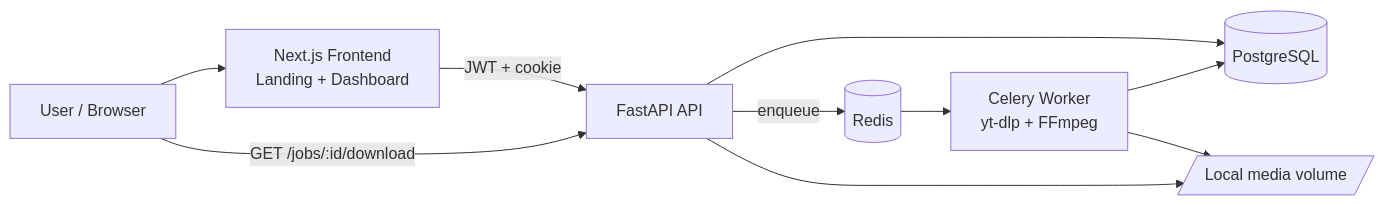
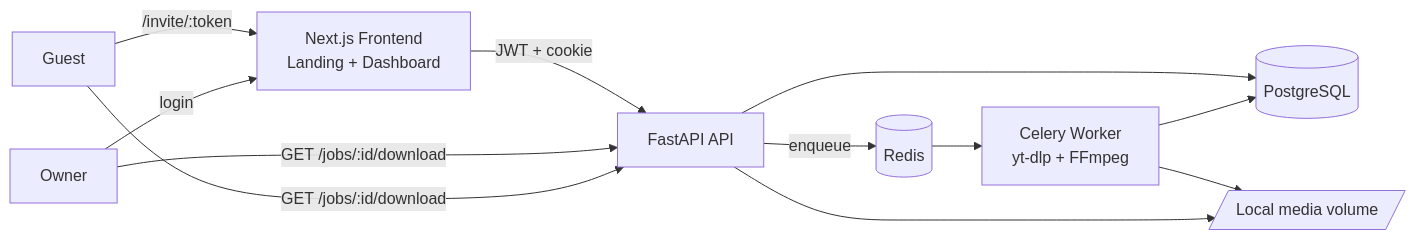
The first of 3 diagrams in docs/ARCHITECTURE.md (Amos-Luna/sonora), drawn with Mermaid before and after one commit. The commit also changed other lines of this file and 16 other files, not shown here.

````diff
--- a/docs/ARCHITECTURE.md
+++ b/docs/ARCHITECTURE.md
@@ -8,12 +10,14 @@
 ```mermaid
 flowchart LR
-  user[User / Browser] --> frontend[Next.js Frontend<br/>Landing + Dashboard]
+  guest[Guest] -->|/invite/:token| frontend
+  owner[Owner] -->|login| frontend[Next.js Frontend<br/>Landing + Dashboard]
   frontend -->|JWT + cookie| api[FastAPI API]
   api --> postgres[(PostgreSQL)]
   api -->|enqueue| redis[(Redis)]
   redis --> worker[Celery Worker<br/>yt-dlp + FFmpeg]
   worker --> storage[/Local media volume/]
   worker --> postgres
-  user -->|GET /jobs/:id/download| api
+  owner -->|GET /jobs/:id/download| api
+  guest -->|GET /jobs/:id/download| api
   api --> storage
 ```
````
